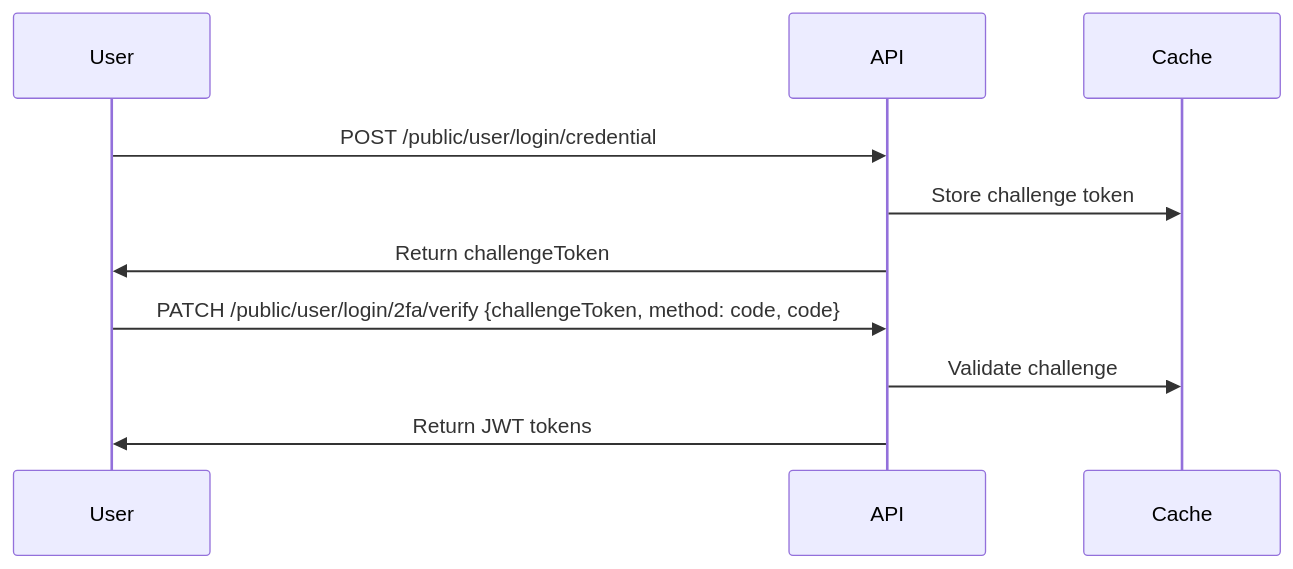
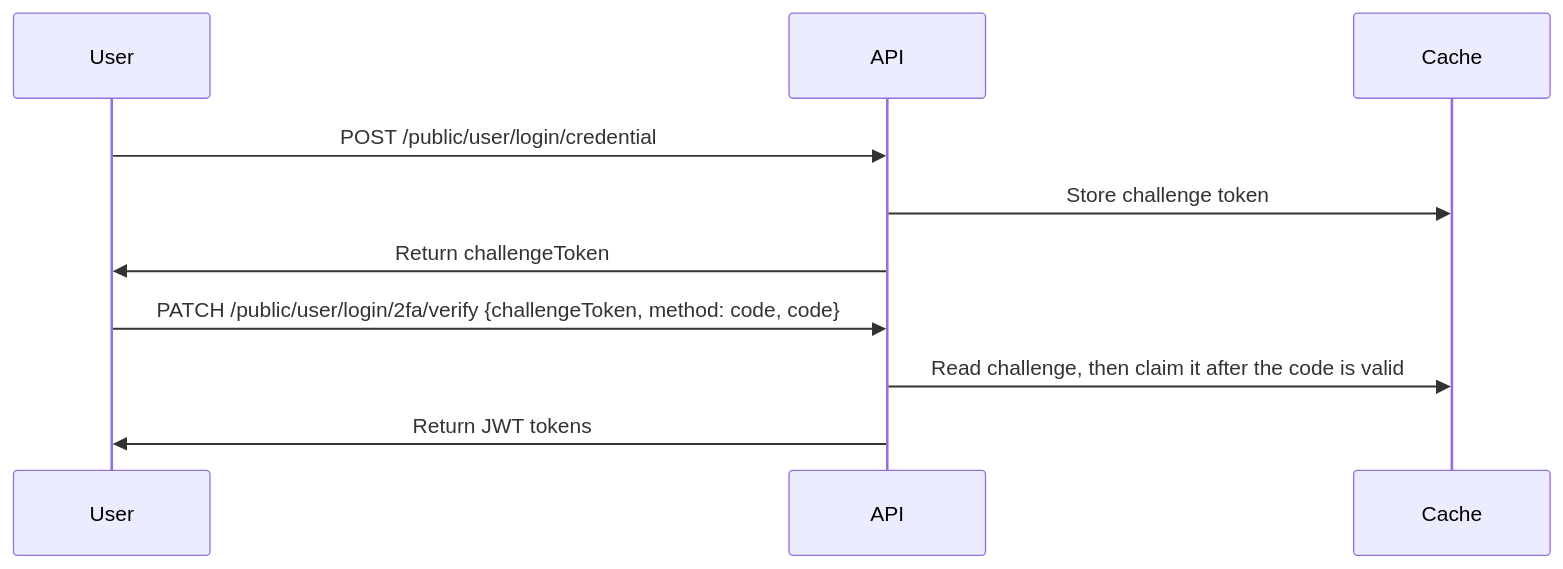
Before and after one commit to andrechristikan/ack-nestjs-boilerplate: the seventh of 10 diagrams in docs/authentication.md, drawn with Mermaid. The commit also changed other lines of this file and 95 other files, not shown here.

````diff
--- a/docs/authentication.md
+++ b/docs/authentication.md
@@ -1062,13 +1069,13 @@
 ```mermaid
 sequenceDiagram
     participant User
     participant API
     participant Cache
 
     User->>API: POST /public/user/login/credential
     API->>Cache: Store challenge token
     API->>User: Return challengeToken
     User->>API: PATCH /public/user/login/2fa/verify {challengeToken, method: code, code}
-    API->>Cache: Validate challenge
+    API->>Cache: Read challenge, then claim it after the code is valid
     API->>User: Return JWT tokens
 ```
````
